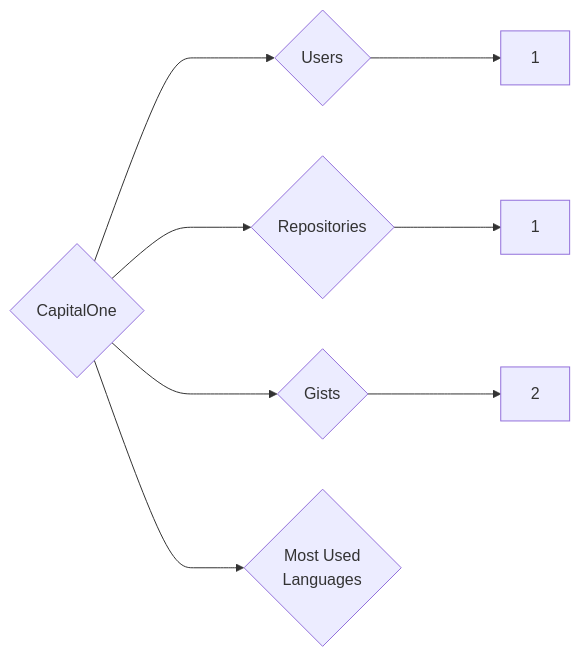
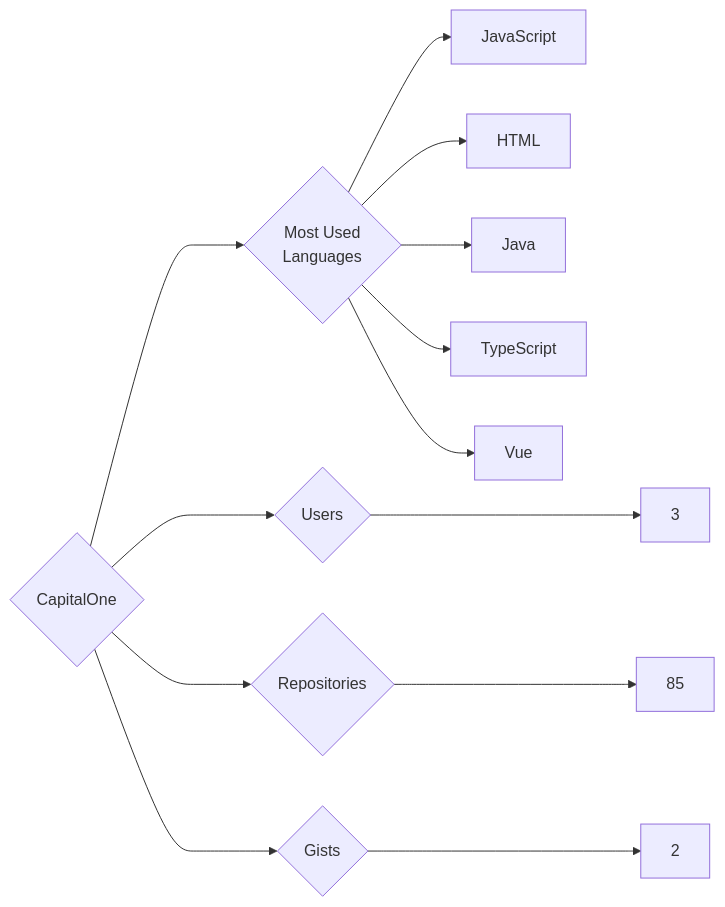
Before and after one commit to trickest/insiders: the diagram in targets/CapitalOne/README.md, drawn with Mermaid. The commit also changed 873 other files, not shown here.

````diff
--- a/targets/CapitalOne/README.md
+++ b/targets/CapitalOne/README.md
@@ -3,8 +3,13 @@
 ```mermaid
 graph LR
 COMPANY_NAME{CapitalOne}
-COMPANY_NAME ---> U{Users} ---> UN[1]
-COMPANY_NAME ---> R{Repositories} ---> RN[1]
+COMPANY_NAME ---> U{Users} ---> UN[3]
+COMPANY_NAME ---> R{Repositories} ---> RN[85]
 COMPANY_NAME ---> G{Gists} ---> GN[2]
 COMPANY_NAME ---> ML{Most Used<br>Languages}
+ML --> JavaScript[JavaScript]
+ML --> HTML[HTML]
+ML --> Java[Java]
+ML --> TypeScript[TypeScript]
+ML --> Vue[Vue]
 ```
````
